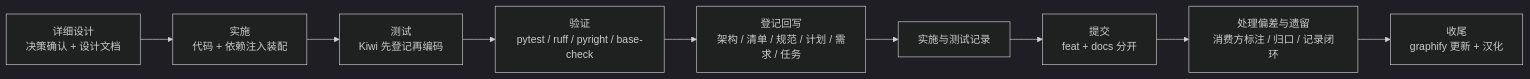
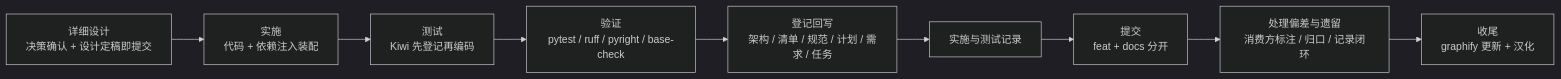
The third of 3 diagrams in bms文档/规范/AI开发规范.md (minjian123/basic-management-system), drawn with Mermaid (dark theme) before and after one commit. The commit also changed other lines of this file, not shown here.

````diff
--- a/bms文档/规范/AI开发规范.md
+++ b/bms文档/规范/AI开发规范.md
@@ -73,11 +73,11 @@
 ```mermaid
 flowchart LR
-    D["详细设计<br/>决策确认 + 设计文档"] --> I["实施<br/>代码 + 依赖注入装配"]
+    D["详细设计<br/>决策确认 + 设计定稿即提交"] --> I["实施<br/>代码 + 依赖注入装配"]
     I --> T["测试<br/>Kiwi 先登记再编码"]
     T --> V["验证<br/>pytest / ruff / pyright / base-check"]
     V --> R["登记回写<br/>架构 / 清单 / 规范 / 计划 / 需求 / 任务"]
     R --> W["实施与测试记录"]
     W --> C["提交<br/>feat + docs 分开"]
     C --> L["处理偏差与遗留<br/>消费方标注 / 归口 / 记录闭环"]
     L --> G["收尾<br/>graphify 更新 + 汉化"]
 ```
````
